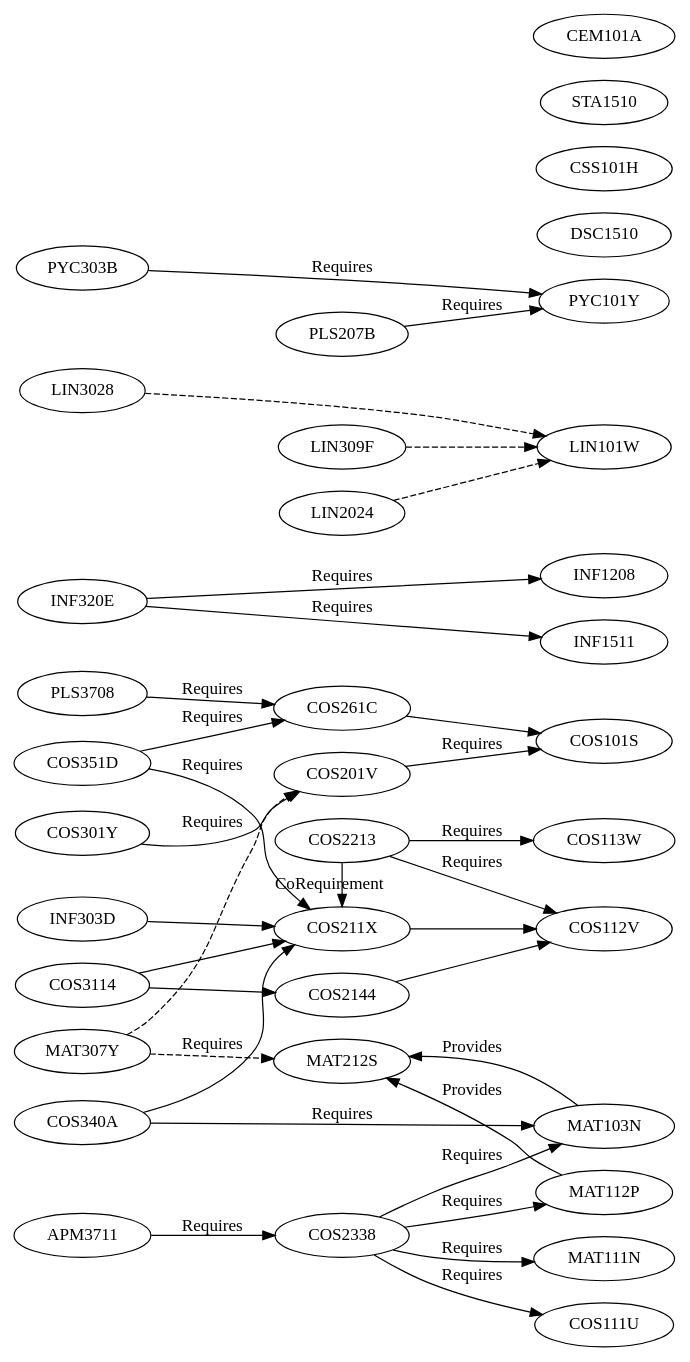
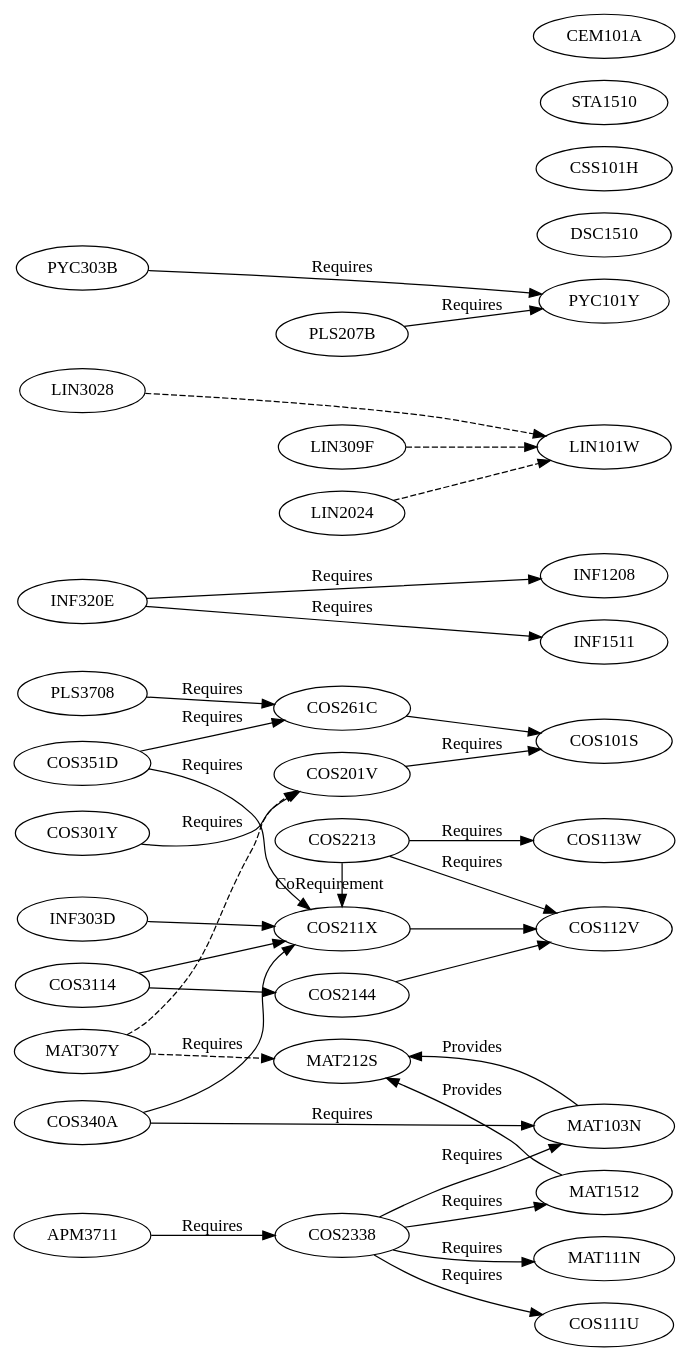
Before and after one commit to apauley/RandomHacks: the diagram in Unisa/ComputationalIntelligence.dot, drawn with Graphviz.

Commit message:
Unisa 2010 module changes: MAT112P -> MAT1512

```diff
--- a/Unisa/ComputationalIntelligence.dot
+++ b/Unisa/ComputationalIntelligence.dot
@@ -1,47 +1,47 @@
 digraph ComputationalIntelligence {
 	rankdir=LR
 
 	{rank=same; COS301Y INF320E COS351D PLS3708}
 	{rank=same; COS3114 APM3711 MAT307Y COS340A}
 	{rank=same; INF303D LIN3028 PYC303B}
   
 	{rank=same; COS201V COS211X COS261C COS2144}
 	{rank=same; COS2213 COS2338 MAT212S}
 	{rank=same; LIN309F LIN2024 PLS207B}
 
-	{rank=same; COS101S COS112V COS113W INF1208 MAT112P MAT111N MAT103N PYC101Y COS111U LIN101W INF1511}
+	{rank=same; COS101S COS112V COS113W INF1208 MAT1512 MAT111N MAT103N PYC101Y COS111U LIN101W INF1511}
 	{rank=same; DSC1510 CSS101H STA1510 CEM101A}
 	{rank=max; DSC1510 COS101S}
 
 	COS301Y -> {COS201V} [label=Requires]
 	INF320E -> {INF1208 INF1511} [label=Requires]
 	COS351D -> {COS211X COS261C} [label=Requires]
 	PLS3708 -> {COS261C} [label=Requires]
 	PYC303B -> {PYC101Y} [label=Requires]
 
 	COS3114 -> {COS211X COS2144}
 	APM3711 -> {COS2338} [label=Requires]
 	MAT307Y -> {MAT212S COS201V} [style=dashed]
 	INF303D -> {COS211X}
 	LIN3028 -> {LIN101W} [style=dashed]
 	COS340A -> {COS211X MAT103N} [label=Requires]
 
 
 	COS201V -> {COS101S} [label=Requires]
 	COS211X -> {COS112V}
 	COS261C -> {COS101S}
 	COS2144 -> {COS112V}
 
 	{rank=same; COS2213 COS211X}
 	COS2213 -> {COS112V COS113W} [label=Requires]
 	COS2213 -> {COS211X} [label=CoRequirement]
-	COS2338 -> {COS111U MAT103N MAT111N MAT112P} [label=Requires]
+	COS2338 -> {COS111U MAT103N MAT111N MAT1512} [label=Requires]
 	MAT212S
 	LIN309F -> {LIN101W} [style=dashed]
 	LIN2024 -> {LIN101W} [style=dashed]
 	PLS207B -> {PYC101Y} [label=Requires]
 
 
 	MAT103N -> {MAT212S} [label=Provides]
-	MAT112P -> {MAT212S} [label=Provides]
+	MAT1512 -> {MAT212S} [label=Provides]
 }
```
